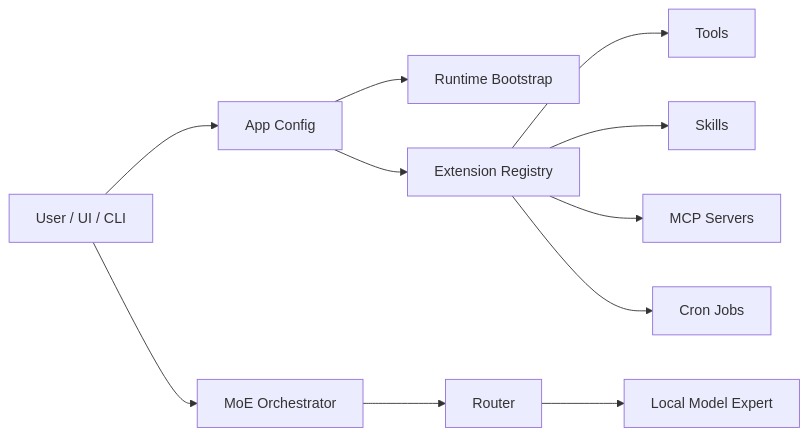
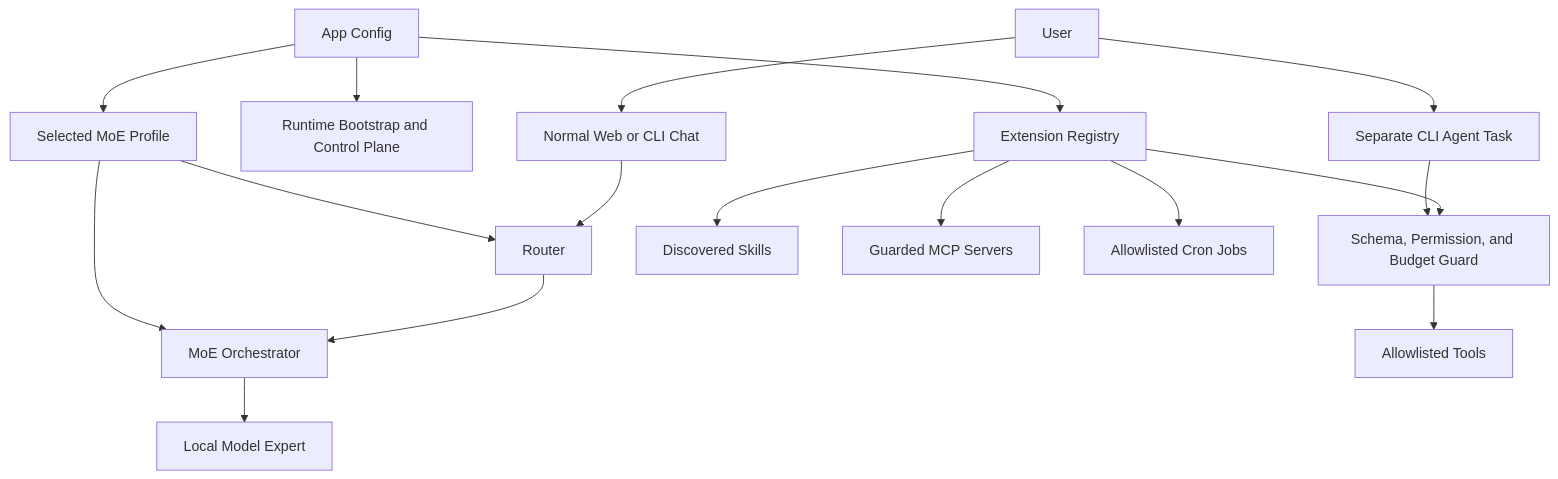
Before and after one commit to aantenore/myMoE: the first of 2 diagrams in docs/agent-runtime.md, drawn with Mermaid. The commit also changed other lines of this file and 11 other files, not shown here.

Commit message:
Document myMoE architecture and runtime flows

````diff
--- a/docs/agent-runtime.md
+++ b/docs/agent-runtime.md
@@ -7,13 +9,19 @@
 ```mermaid
-flowchart LR
-  User["User / UI / CLI"] --> App["App Config"]
-  App --> Runtime["Runtime Bootstrap"]
+flowchart TB
+  App["App Config"] --> Profile["Selected MoE Profile"]
+  App --> Runtime["Runtime Bootstrap and Control Plane"]
   App --> Registry["Extension Registry"]
-  User --> Orchestrator["MoE Orchestrator"]
-  Orchestrator --> Router["Router"]
-  Router --> Expert["Local Model Expert"]
-  Registry --> Tools["Tools"]
-  Registry --> Skills["Skills"]
-  Registry --> MCP["MCP Servers"]
-  Registry --> Cron["Cron Jobs"]
+  Profile --> Router["Router"]
+  Profile --> Orchestrator["MoE Orchestrator"]
+  User["User"] --> Chat["Normal Web or CLI Chat"]
+  Chat --> Router
+  Router --> Orchestrator
+  Orchestrator --> Expert["Local Model Expert"]
+  User --> Agent["Separate CLI Agent Task"]
+  Agent --> Guard["Schema, Permission, and Budget Guard"]
+  Registry --> Guard
+  Guard --> Tools["Allowlisted Tools"]
+  Registry --> Skills["Discovered Skills"]
+  Registry --> MCP["Guarded MCP Servers"]
+  Registry --> Cron["Allowlisted Cron Jobs"]
 ```
````
